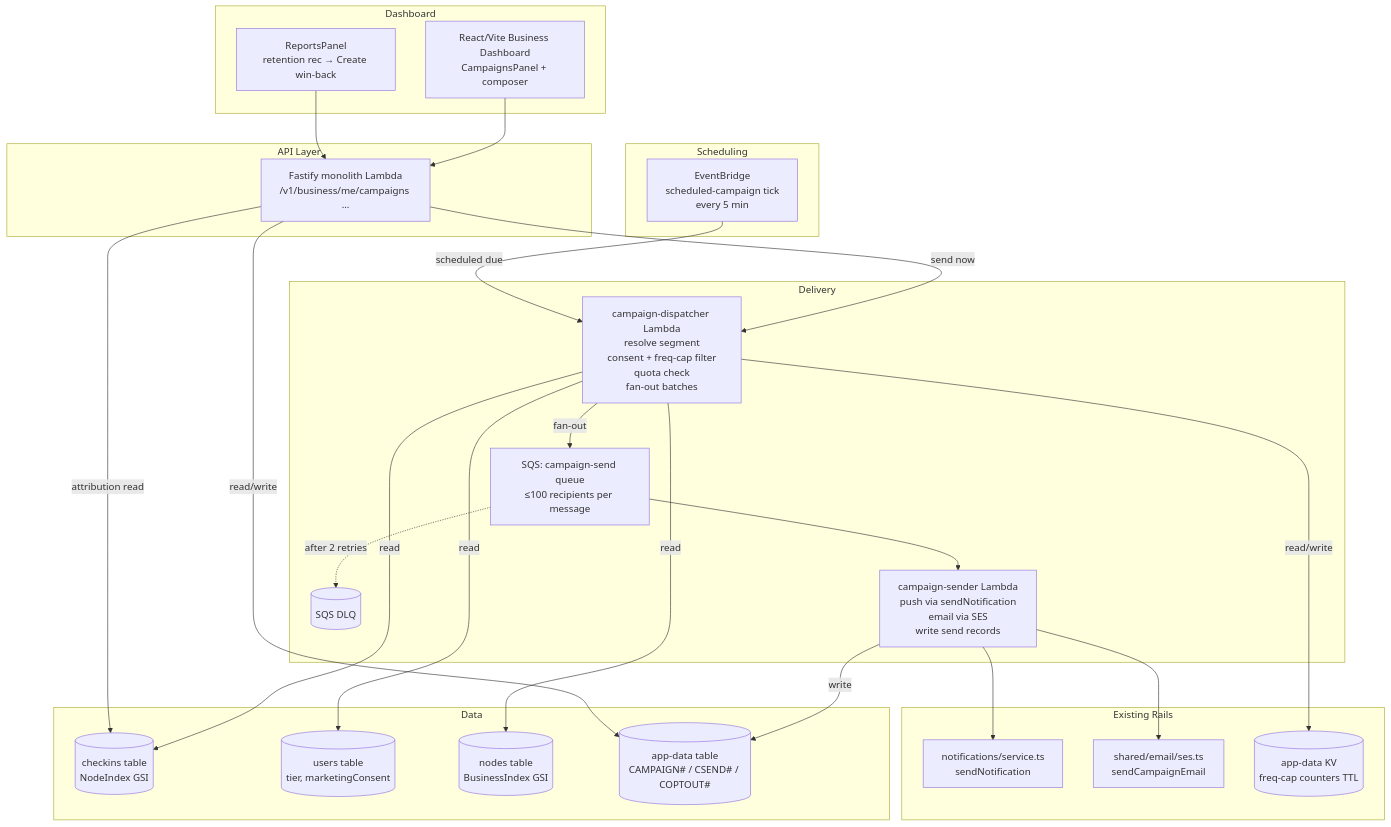
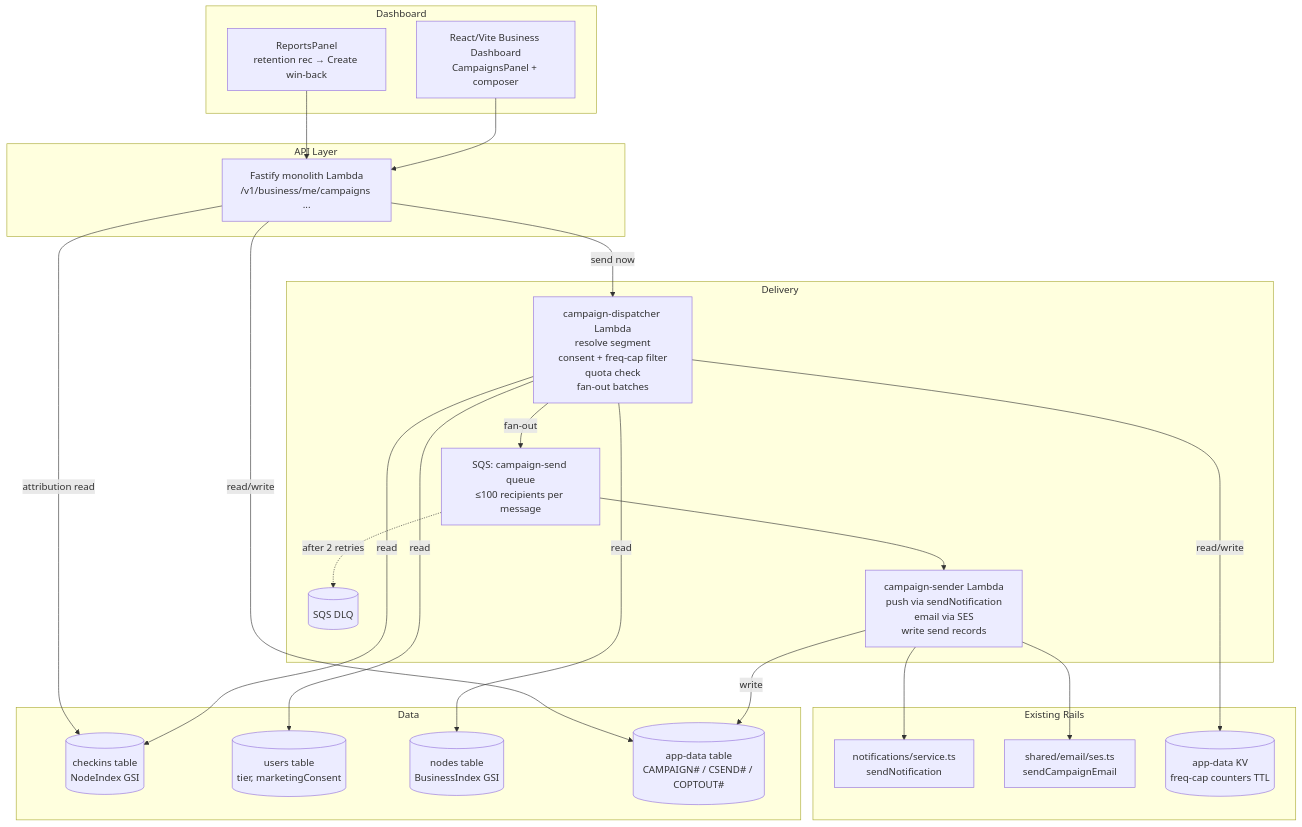
Before and after one commit to NkosinathiDhliso/areaCode: the diagram in .kiro/specs/winback-campaigns/design.md, drawn with Mermaid. The commit also changed other lines of this file and 11 other files, not shown here.

````diff
--- a/.kiro/specs/winback-campaigns/design.md
+++ b/.kiro/specs/winback-campaigns/design.md
@@ -38,52 +38,47 @@
 ```mermaid
 flowchart TB
     subgraph Dashboard
         REACT[React/Vite Business Dashboard<br/>CampaignsPanel + composer]
         REPORTS[ReportsPanel<br/>retention rec → Create win-back]
     end
 
     subgraph API Layer
         FASTIFY[Fastify monolith Lambda<br/>/v1/business/me/campaigns ...]
-    end
-
-    subgraph Scheduling
-        EB[EventBridge<br/>scheduled-campaign tick<br/>every 5 min]
     end
 
     subgraph Delivery
         DISPATCH[campaign-dispatcher Lambda<br/>resolve segment<br/>consent + freq-cap filter<br/>quota check<br/>fan-out batches]
         SQS[SQS: campaign-send queue<br/>≤100 recipients per message]
         DLQ[(SQS DLQ)]
         SENDER[campaign-sender Lambda<br/>push via sendNotification<br/>email via SES<br/>write send records]
     end
 
     subgraph Existing Rails
         NOTIF[notifications/service.ts<br/>sendNotification]
         SESMOD[shared/email/ses.ts<br/>sendCampaignEmail]
         KV[(app-data KV<br/>freq-cap counters TTL)]
     end
 
     subgraph Data
         CHECKINS[(checkins table<br/>NodeIndex GSI)]
         USERS[(users table<br/>tier, marketingConsent)]
         NODES[(nodes table<br/>BusinessIndex GSI)]
         APPDATA[(app-data table<br/>CAMPAIGN# / CSEND# / COPTOUT#)]
     end
 
     REACT --> FASTIFY
     REPORTS --> FASTIFY
     FASTIFY -->|send now| DISPATCH
-    EB -->|scheduled due| DISPATCH
     DISPATCH -->|read| CHECKINS
     DISPATCH -->|read| USERS
     DISPATCH -->|read| NODES
     DISPATCH -->|read/write| KV
     DISPATCH -->|fan-out| SQS
     SQS --> SENDER
     SQS -. after 2 retries .-> DLQ
     SENDER --> NOTIF
     SENDER --> SESMOD
     SENDER -->|write| APPDATA
     FASTIFY -->|read/write| APPDATA
     FASTIFY -->|attribution read| CHECKINS
 ```
````
